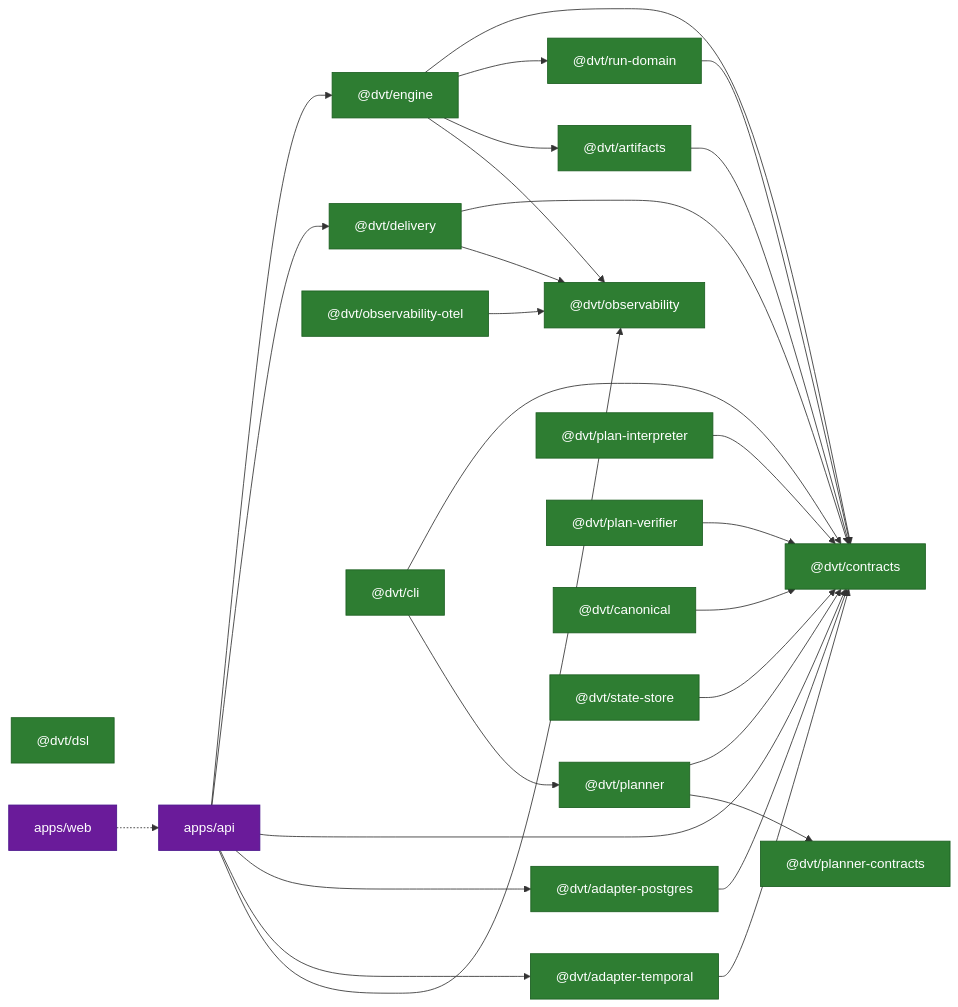
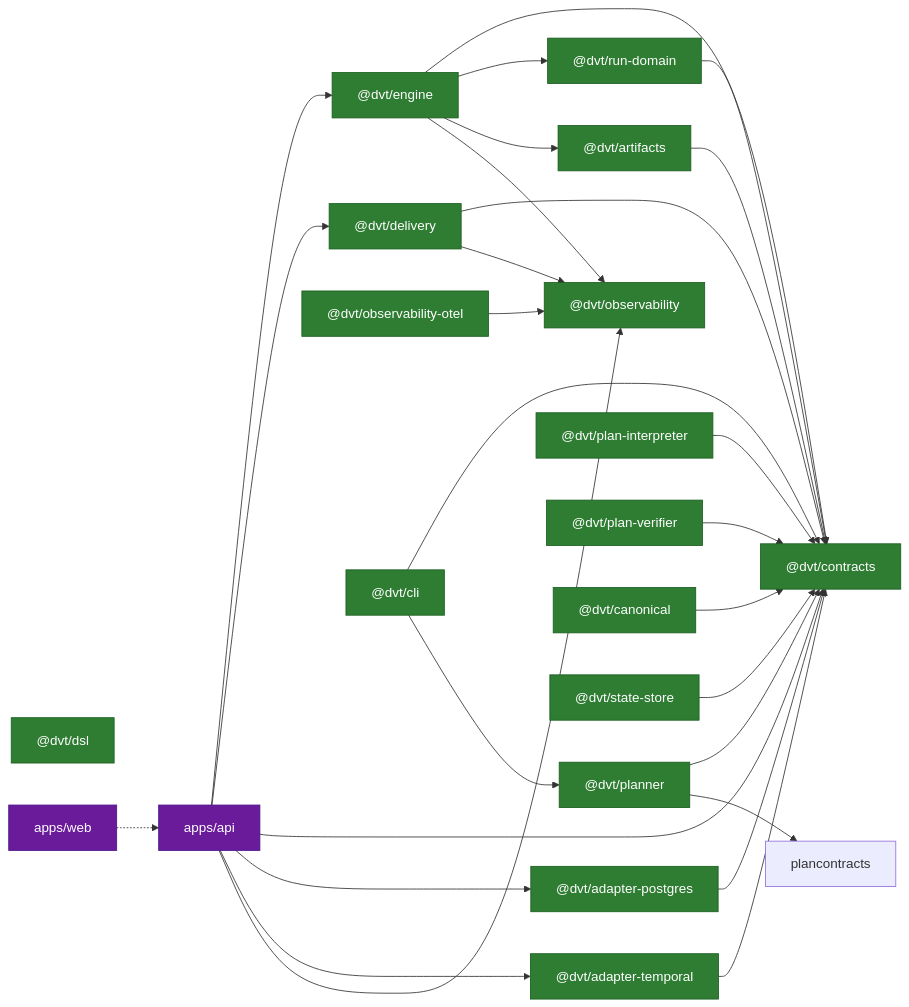
One commit to dunay2/dvt changed the third of 4 diagrams in docs/architecture/diagrams/implementation-architecture-diagrams.md. Above: the diagram before and after it, drawn with Mermaid. The commit also changed other lines of this file and 12 other files, not shown here.

Commit message:
refactor(planner): Retire obsolete planner contracts workspace

````diff
--- a/docs/architecture/diagrams/implementation-architecture-diagrams.md
+++ b/docs/architecture/diagrams/implementation-architecture-diagrams.md
@@ -293,55 +291,54 @@
 ```mermaid
 flowchart LR
   classDef impl fill:#2E7D32,color:#fff,stroke:#1B5E20
   classDef planned fill:#FF9800,color:#fff,stroke:#E65100,stroke-dasharray:5 5
   classDef app fill:#6A1B9A,color:#fff,stroke:#4A148C
 
   contracts["@dvt/contracts"]:::impl
   rundomain["@dvt/run-domain"]:::impl
   engine["@dvt/engine"]:::impl
   temporal["@dvt/adapter-temporal"]:::impl
   pgadapter["@dvt/adapter-postgres"]:::impl
   delivery["@dvt/delivery"]:::impl
   obs["@dvt/observability"]:::impl
   obsotel["@dvt/observability-otel"]:::impl
   artifacts["@dvt/artifacts"]:::impl
   planner["@dvt/planner"]:::impl
-  plancontracts["@dvt/planner-contracts"]:::impl
   interpreter["@dvt/plan-interpreter"]:::impl
   verifier["@dvt/plan-verifier"]:::impl
   canonical["@dvt/canonical"]:::impl
   dsl["@dvt/dsl"]:::impl
   statestore["@dvt/state-store"]:::impl
   cli["@dvt/cli"]:::impl
   api["apps/api"]:::app
   web["apps/web"]:::app
 
   engine --> contracts
   engine --> rundomain
   engine --> artifacts
   engine --> obs
   rundomain --> contracts
   temporal --> contracts
   pgadapter --> contracts
   delivery --> contracts
   delivery --> obs
   planner --> contracts
   planner --> plancontracts
   interpreter --> contracts
   verifier --> contracts
   canonical --> contracts
   artifacts --> contracts
   statestore --> contracts
   obsotel --> obs
   cli --> contracts
   cli --> planner
 
   api --> engine
   api --> delivery
   api --> contracts
   api --> pgadapter
   api --> temporal
   api --> obs
 
   web -.-> api
 ```
````
